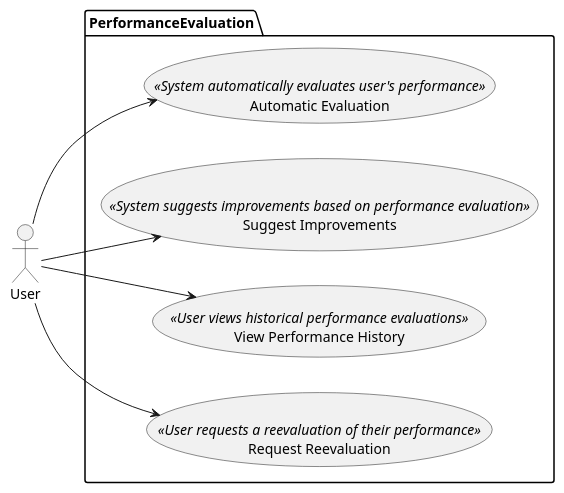
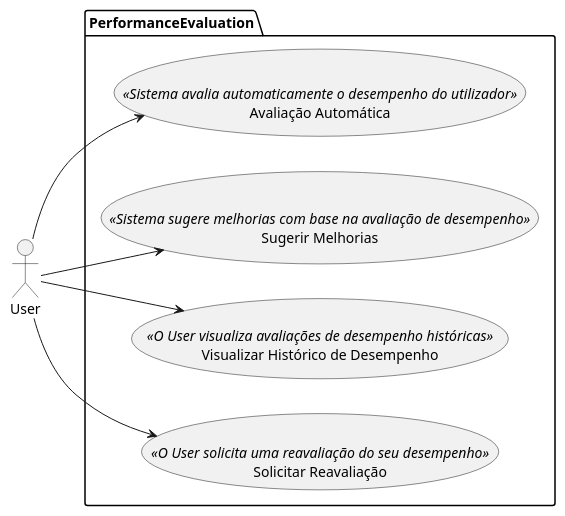
One commit to LucasReisV1337/api-gym changed the diagram in uml/PerformanceEvaluation/usecases/index.wsd. Above: the diagram before and after it, drawn with PlantUML. The commit also changed 10 other files, not shown here.

```diff
--- a/uml/PerformanceEvaluation/usecases/index.wsd
+++ b/uml/PerformanceEvaluation/usecases/index.wsd
@@ -1,22 +1,22 @@
 @startuml
 left to right direction
 
 actor User as u
 
 package "PerformanceEvaluation" {
-  usecase "Automatic Evaluation" as UC1 <<System automatically evaluates user's performance>>
+  usecase "Avaliação Automática" as UC1 <<Sistema avalia automaticamente o desempenho do utilizador>>
 
-  usecase "Suggest Improvements" as UC2 <<System suggests improvements based on performance evaluation>>
+  usecase "Sugerir Melhorias" as UC2 <<Sistema sugere melhorias com base na avaliação de desempenho>>
 
-  usecase "View Performance History" as UC3 <<User views historical performance evaluations>>
+  usecase "Visualizar Histórico de Desempenho" as UC3 <<O User visualiza avaliações de desempenho históricas>>
 
-  usecase "Request Reevaluation" as UC4 <<User requests a reevaluation of their performance>>
+  usecase "Solicitar Reavaliação" as UC4 <<O User solicita uma reavaliação do seu desempenho>>
 
 }
 
 u --> UC1
 u --> UC2
 u --> UC3
 u --> UC4
 
 @enduml
```
